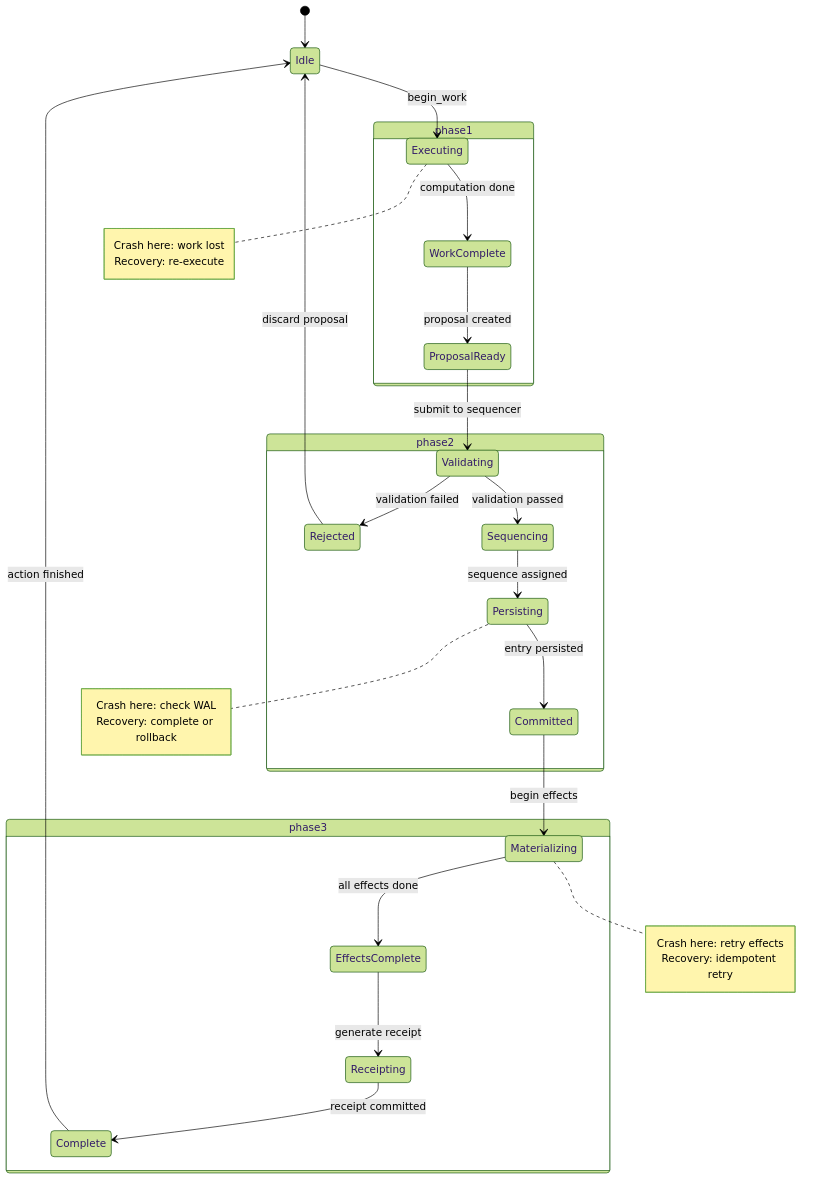
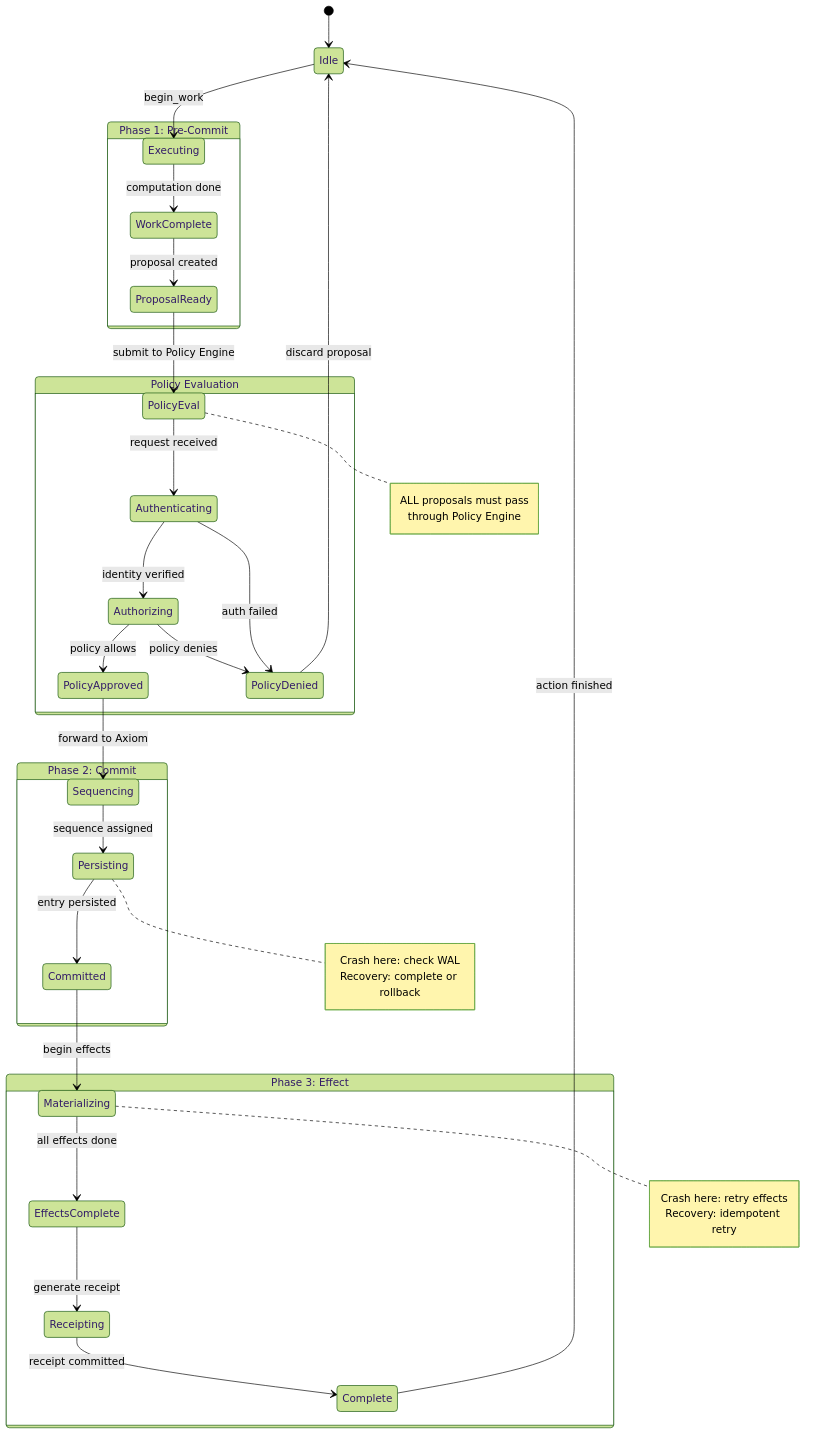
Before and after one commit to cypher-asi/zero-os: the second of 18 diagrams in docs/diagrams/state-machines.md, drawn with Mermaid (forest theme). The commit also changed other lines of this file and 24 other files, not shown here.

````diff
--- a/docs/diagrams/state-machines.md
+++ b/docs/diagrams/state-machines.md
@@ -60,51 +62,60 @@
 ```mermaid
 stateDiagram-v2
     [*] --> Idle
     
-    state phase1 [Phase 1: Pre-Commit]
-    state phase2 [Phase 2: Commit]
-    state phase3 [Phase 3: Effect]
+    state "Phase 1: Pre-Commit" as phase1
+    state "Policy Evaluation" as policy
+    state "Phase 2: Commit" as phase2
+    state "Phase 3: Effect" as phase3
     
     Idle --> Executing: begin_work
     
     state phase1 {
         Executing --> WorkComplete: computation done
         WorkComplete --> ProposalReady: proposal created
     }
     
-    ProposalReady --> Validating: submit to sequencer
+    ProposalReady --> PolicyEval: submit to Policy Engine
+    
+    state policy {
+        PolicyEval --> Authenticating: request received
+        Authenticating --> Authorizing: identity verified
+        Authorizing --> PolicyApproved: policy allows
+        Authorizing --> PolicyDenied: policy denies
+        Authenticating --> PolicyDenied: auth failed
+    }
+    
+    PolicyDenied --> Idle: discard proposal
+    
+    PolicyApproved --> Sequencing: forward to Axiom
     
     state phase2 {
-        Validating --> Rejected: validation failed
-        Validating --> Sequencing: validation passed
         Sequencing --> Persisting: sequence assigned
         Persisting --> Committed: entry persisted
     }
-    
-    Rejected --> Idle: discard proposal
     
     Committed --> Materializing: begin effects
     
     state phase3 {
         Materializing --> EffectsComplete: all effects done
         EffectsComplete --> Receipting: generate receipt
         Receipting --> Complete: receipt committed
     }
     
     Complete --> Idle: action finished
     
-    note right of Executing
-        Crash here: work lost
-        Recovery: re-execute
+    note right of PolicyEval
+        ALL proposals must pass
+        through Policy Engine
     end note
     
     note right of Persisting
         Crash here: check WAL
         Recovery: complete or rollback
     end note
     
     note right of Materializing
         Crash here: retry effects
         Recovery: idempotent retry
     end note
 ```
````
